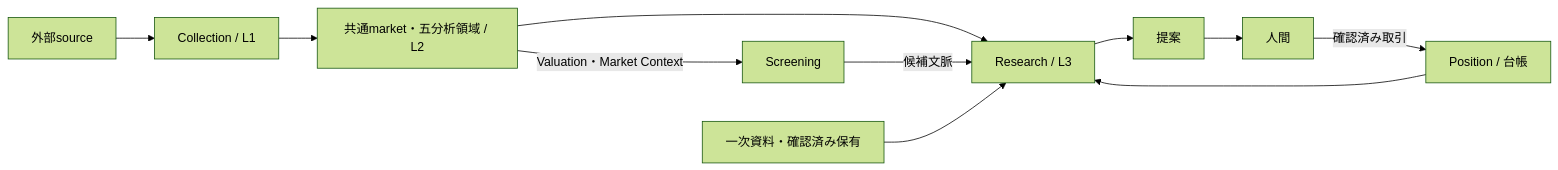
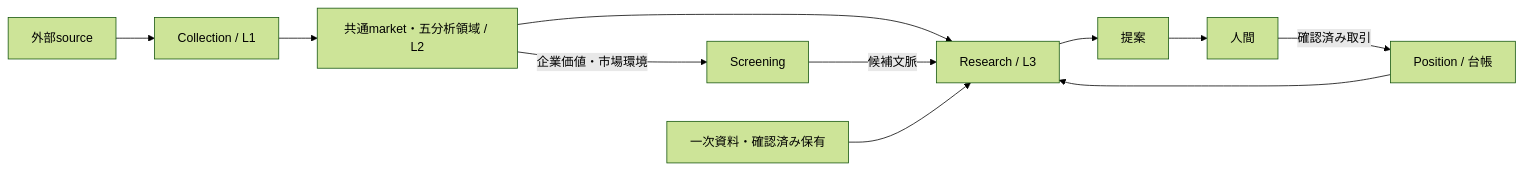
One commit to koumatsumoto/baibai-loop changed the diagram in docs/architecture.md. Above: the diagram before and after it, drawn with Mermaid (forest theme). The commit also changed other lines of this file and 21 other files, not shown here.

````diff
--- a/docs/architecture.md
+++ b/docs/architecture.md
@@ -7,10 +7,10 @@
 ```mermaid
 flowchart LR
     S[外部source] --> C[Collection / L1] --> D[共通market・五分析領域 / L2]
     D --> R[Research / L3]
-    D -->|Valuation・Market Context| F[Screening]
+    D -->|企業価値・市場環境| F[Screening]
     F -->|候補文脈| R
     I[一次資料・確認済み保有] --> R
     R --> P[提案] --> H[人間]
     H -->|確認済み取引| L[Position / 台帳] --> R
 ```
````
